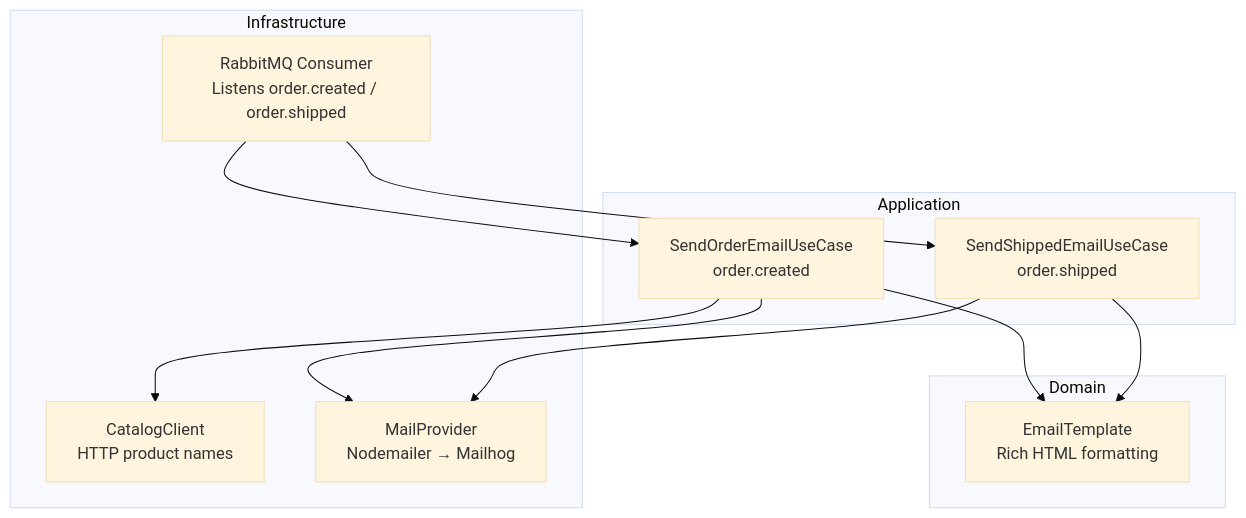
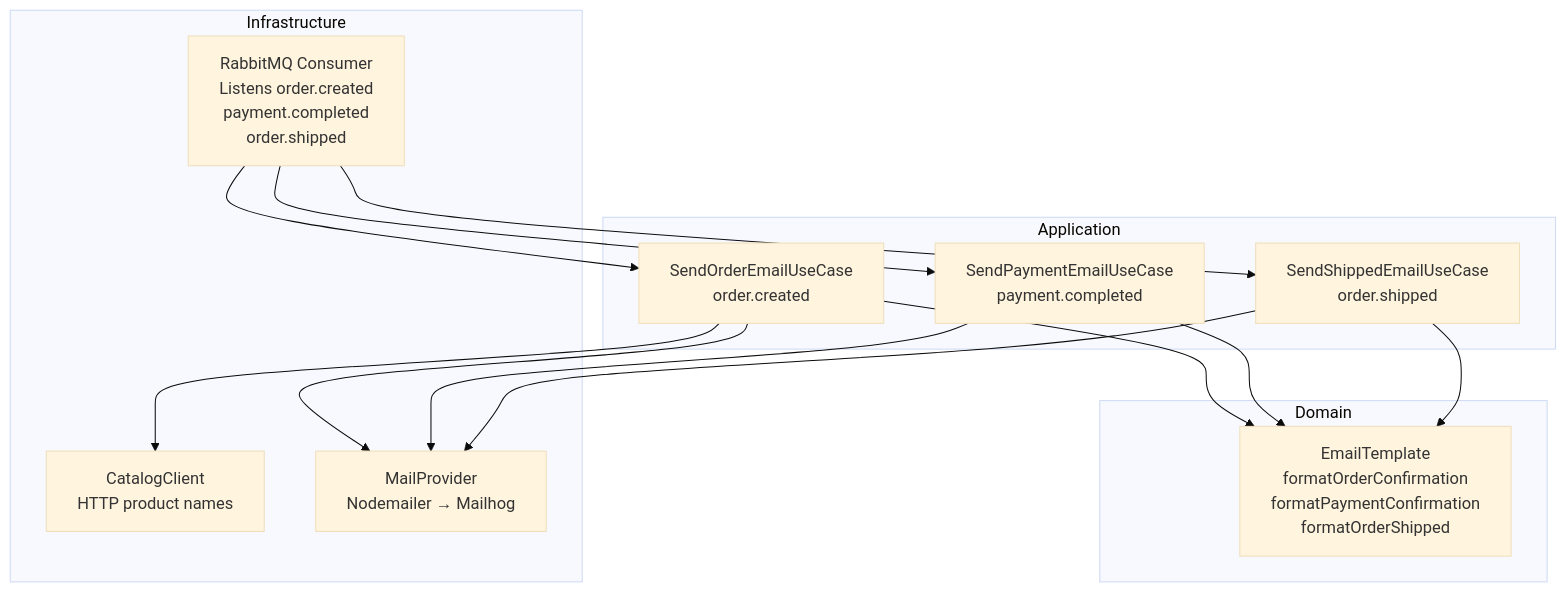
The fourth of 6 diagrams in DEVELOPER_GUIDE.md (huynguyen1310/ecommerce-ddd), drawn with Mermaid (base theme) before and after one commit. The commit also changed other lines of this file and 4 other files, not shown here.

````diff
--- a/DEVELOPER_GUIDE.md
+++ b/DEVELOPER_GUIDE.md
@@ -116,18 +116,20 @@
 ```mermaid
 graph TB
   subgraph Domain
-    TEMPLATE["EmailTemplate<br/>Rich HTML formatting"]
+    TEMPLATE["EmailTemplate<br/>formatOrderConfirmation<br/>formatPaymentConfirmation<br/>formatOrderShipped"]
   end
   subgraph Application
     SENDORDER["SendOrderEmailUseCase<br/>order.created"]
+    SENDPAY["SendPaymentEmailUseCase<br/>payment.completed"]
     SENDSHIP["SendShippedEmailUseCase<br/>order.shipped"]
   end
   subgraph Infrastructure
-    MQ["RabbitMQ Consumer<br/>Listens order.created / order.shipped"]
+    MQ["RabbitMQ Consumer<br/>Listens order.created<br/>payment.completed<br/>order.shipped"]
     CAT["CatalogClient<br/>HTTP product names"]
     MAIL["MailProvider<br/>Nodemailer → Mailhog"]
   end
-  MQ --> SENDORDER & SENDSHIP
+  MQ --> SENDORDER & SENDPAY & SENDSHIP
   SENDORDER --> TEMPLATE & CAT & MAIL
+  SENDPAY --> TEMPLATE & MAIL
   SENDSHIP --> TEMPLATE & MAIL
 ```
````
